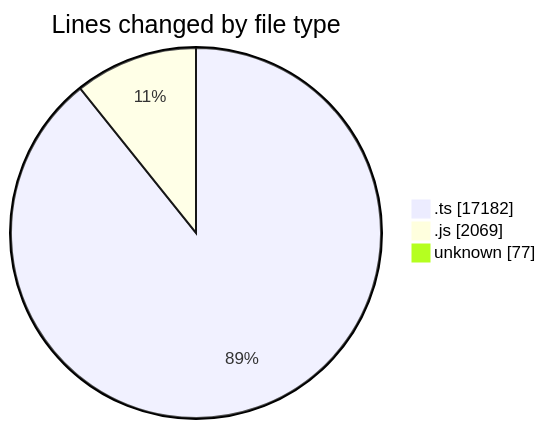
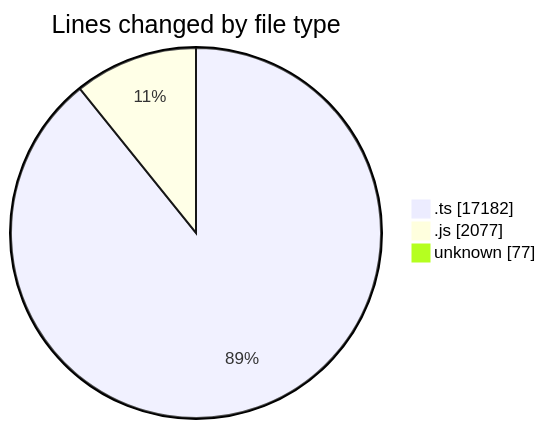
The first of 2 diagrams in 2026-02-03/cda/README.md (momahboobian/code-tracking), drawn with Mermaid before and after one commit. The commit also changed other lines of this file and 1 other file, not shown here.

````diff
--- a/2026-02-03/cda/README.md
+++ b/2026-02-03/cda/README.md
@@ -28,7 +28,7 @@
 ```mermaid
 pie showData
 title Lines changed by file type
 ".ts" : 17182
-".js" : 2069
+".js" : 2077
 "unknown" : 77
 ```
````
